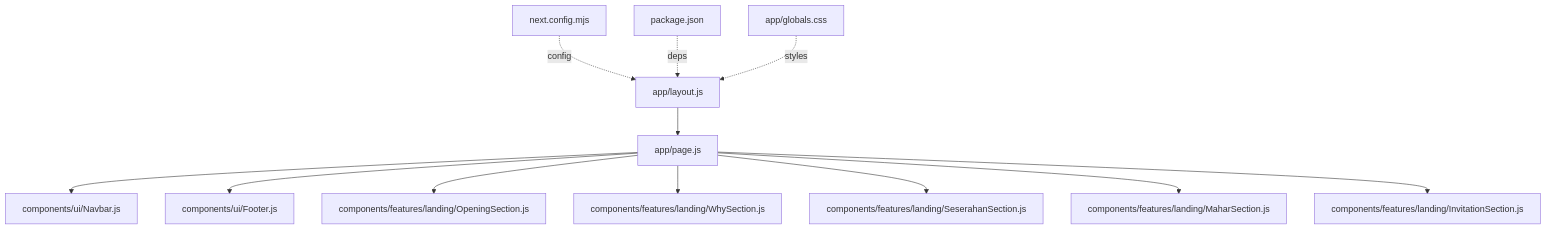
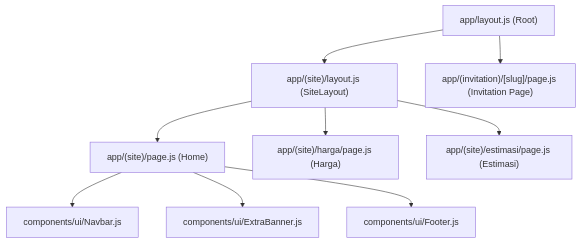
Before and after one commit to algorithmsEvolve/momentoclient-fe: the first of 3 diagrams in docs/en/content/Navigation & Routing.md, drawn with Mermaid. The commit also changed other lines of this file and 14 other files, not shown here.

````diff
--- a/docs/en/content/Navigation & Routing.md
+++ b/docs/en/content/Navigation & Routing.md
@@ -44,14 +46,11 @@
 ```mermaid
-graph TB
-A["app/layout.js"] --> B["app/page.js"]
-B --> C["components/ui/Navbar.js"]
-B --> D["components/ui/Footer.js"]
-B --> E["components/features/landing/OpeningSection.js"]
-B --> F["components/features/landing/WhySection.js"]
-B --> G["components/features/landing/SeserahanSection.js"]
-B --> H["components/features/landing/MaharSection.js"]
-B --> I["components/features/landing/InvitationSection.js"]
-J["next.config.mjs"] -. config .-> A
-K["package.json"] -. deps .-> A
-L["app/globals.css"] -. styles .-> A
+graph TD
+A["app/layout.js (Root)"] --> B["app/(site)/layout.js (SiteLayout)"]
+A --> C["app/(invitation)/[slug]/page.js (Invitation Page)"]
+B --> D["app/(site)/page.js (Home)"]
+B --> E["app/(site)/harga/page.js (Harga)"]
+B --> F["app/(site)/estimasi/page.js (Estimasi)"]
+D --> G["components/ui/Navbar.js"]
+D --> H["components/ui/ExtraBanner.js"]
+D --> I["components/ui/Footer.js"]
 ```
````
